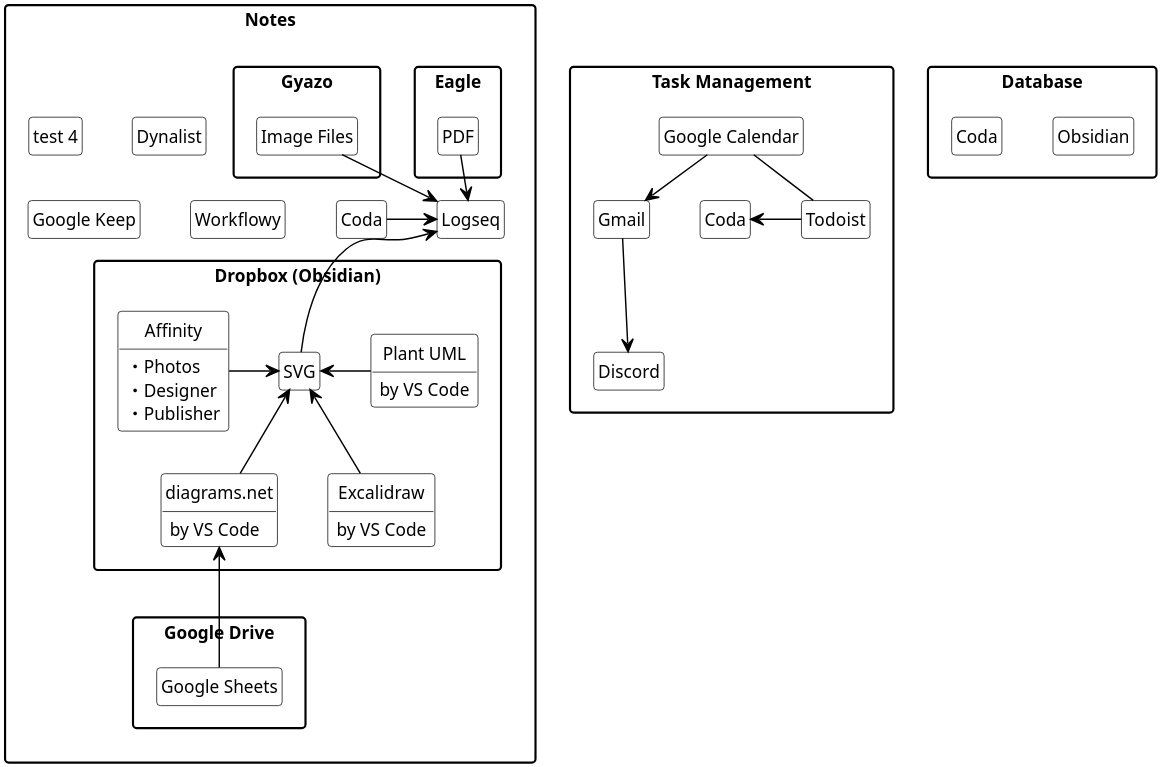
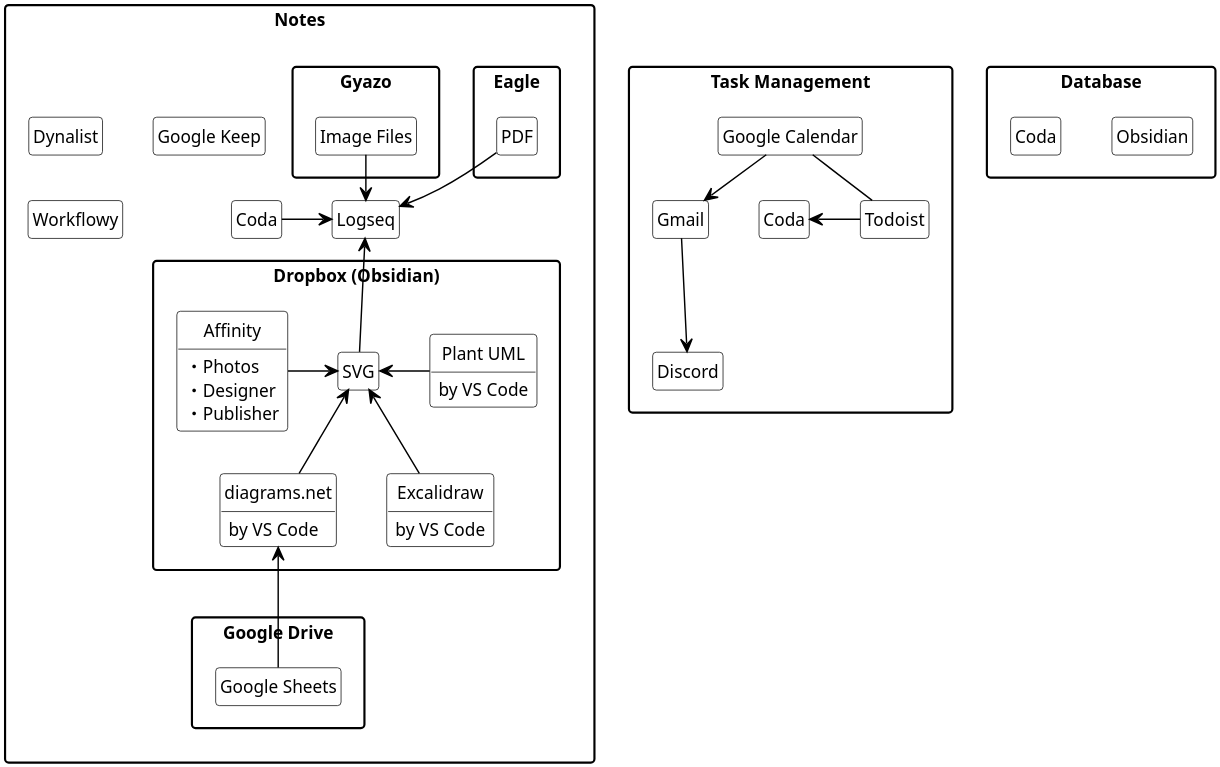
The diagram in Productivity Tools/default.pu (h-row-ita/embedded-assets), drawn with PlantUML before and after one commit. The commit also changed 2 other files, not shown here.

```diff
--- a/Productivity Tools/default.pu
+++ b/Productivity Tools/default.pu
@@ -1,98 +1,97 @@
 @startuml
 
 hide circle
 hide empty fields
 hide empty methods
 
 skinparam class {
     backGroundColor white
     borderColor black
     arrowColor black
 }
 
 skinparam package {
     style rectangle
 }
 
 skinparam {
     shadowing false
     ranksep 30
     dpi 300
     arrowThickness 1
     defaultFontSize 12
     arrowFontSize 8
 }
 
 package "Notes" {
-    class "test 4" as test4
     class "Logseq" as logseq
     package "Dropbox (Obsidian)" as dropbox{
         class "SVG" as svg
         class "diagrams.net" as diagramsnet {
             by VS Code
         }
         class "Excalidraw" as excalidraw {
             by VS Code
         }
         class "Plant UML" as plantuml {
             by VS Code
         }
         class "Affinity" as affinity {
             ・Photos
             ・Designer
             ・Publisher
         }
     }
     package "Google Drive" as googledrive {
         class "Google Sheets" as googlesheets
     }
     package "Eagle" as eagle {
         class "PDF" as pdf
     }
     package "Gyazo" as gyazo {
         class "Image Files" as imagefiles
     }
     class "Coda" as coda
     class "Dynalist" as dynalist 
     class "Google Keep" as googlekeep
     class "Workflowy" as workflowy
 }
 
 package "Database" {
     class "Obsidian" as obsidian
     class "Coda" as coda2
 }
 
 package "Task Management" {
     class "Coda" as coda3
     class "Todoist" as todoist
     class "Google Calendar" as googlecalendar
     class "Gmail" as gmail
     class "Discord" as discord
 }
 
 'Notes
 logseq <-- svg
 plantuml -u> svg
 excalidraw -u-> svg
 diagramsnet -u-> svg
 affinity -> svg
 googlesheets -u--> diagramsnet
 logseq <-u- pdf
 imagefiles --> logseq
 coda -> logseq
 
 'Database
 
 'Task Management
 googlecalendar -- todoist
 gmail <-u- googlecalendar
 gmail --> discord
 todoist -u> coda3
 
 
 
 
 
 
 @enduml
```
